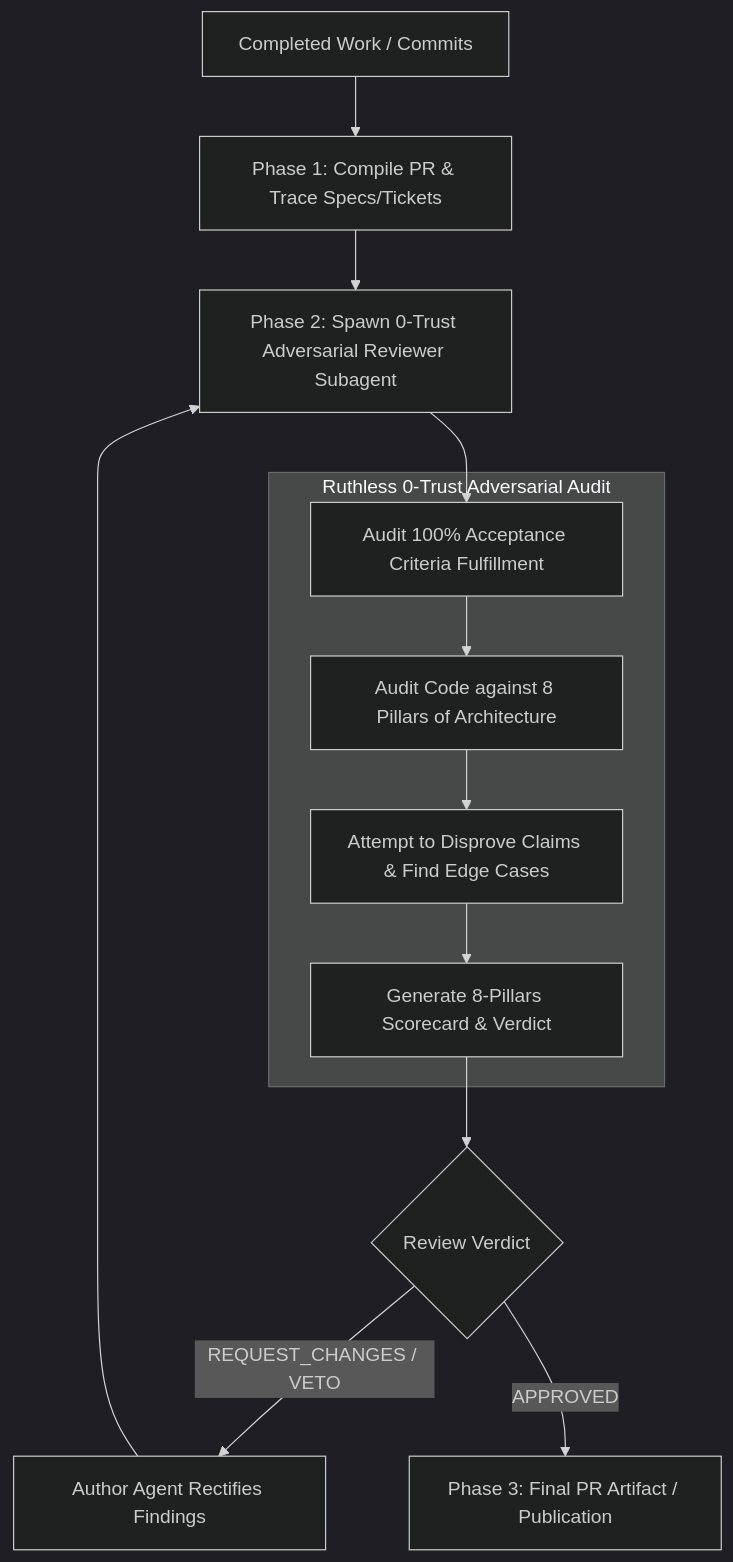
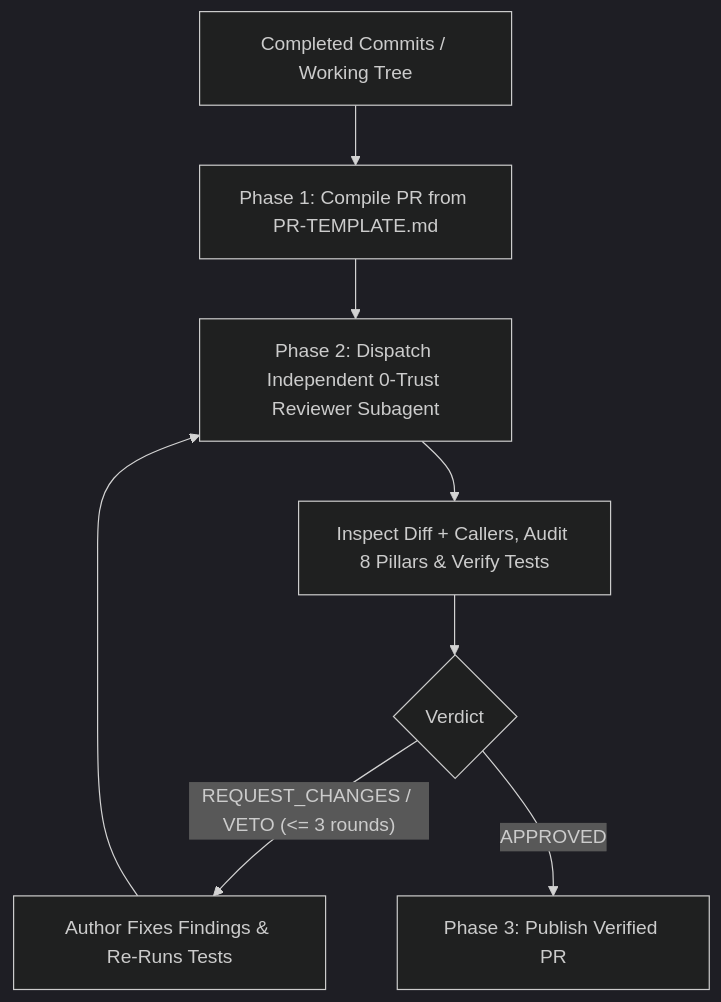
One commit to mcmxciillan/code-gardening changed the diagram in skills/survey/SKILL.md. Above: the diagram before and after it, drawn with Mermaid (dark theme). The commit also changed other lines of this file and 10 other files, not shown here.

Commit message:
refactor(skills): sharpen context pointers, extract PILLARS/DASHBOARD references, and fix subagent execution flows

````diff
--- a/skills/survey/SKILL.md
+++ b/skills/survey/SKILL.md
@@ -12,17 +10,10 @@
 ```mermaid
 graph TD
-    CompletedWork[Completed Work / Commits] --> PRGen[Phase 1: Compile PR & Trace Specs/Tickets]
-    PRGen --> SpawnReviewer[Phase 2: Spawn 0-Trust Adversarial Reviewer Subagent]
-    
-    subgraph "Ruthless 0-Trust Adversarial Audit"
-        Audit1[Audit 100% Acceptance Criteria Fulfillment] --> Audit2[Audit Code against 8 Pillars of Architecture]
-        Audit2 --> Disproof[Attempt to Disprove Claims & Find Edge Cases]
-        Disproof --> Scorecard[Generate 8-Pillars Scorecard & Verdict]
-    end
-
-    SpawnReviewer --> Audit1
-    Scorecard --> VerdictCheck{Review Verdict}
-    VerdictCheck -->|REQUEST_CHANGES / VETO| AuthorFix[Author Agent Rectifies Findings]
-    AuthorFix --> SpawnReviewer
-    VerdictCheck -->|APPROVED| PublishPR[Phase 3: Final PR Artifact / Publication]
+    Work["Completed Commits / Working Tree"] --> PRGen["Phase 1: Compile PR from PR-TEMPLATE.md"]
+    PRGen --> Spawn["Phase 2: Dispatch Independent 0-Trust Reviewer Subagent"]
+    Spawn --> Audit["Inspect Diff + Callers, Audit 8 Pillars & Verify Tests"]
+    Audit --> Verdict{"Verdict"}
+    Verdict -->|"REQUEST_CHANGES / VETO (<= 3 rounds)"| Fix["Author Fixes Findings & Re-Runs Tests"]
+    Fix --> Spawn
+    Verdict -->|APPROVED| Publish["Phase 3: Publish Verified PR"]
 ```
````
